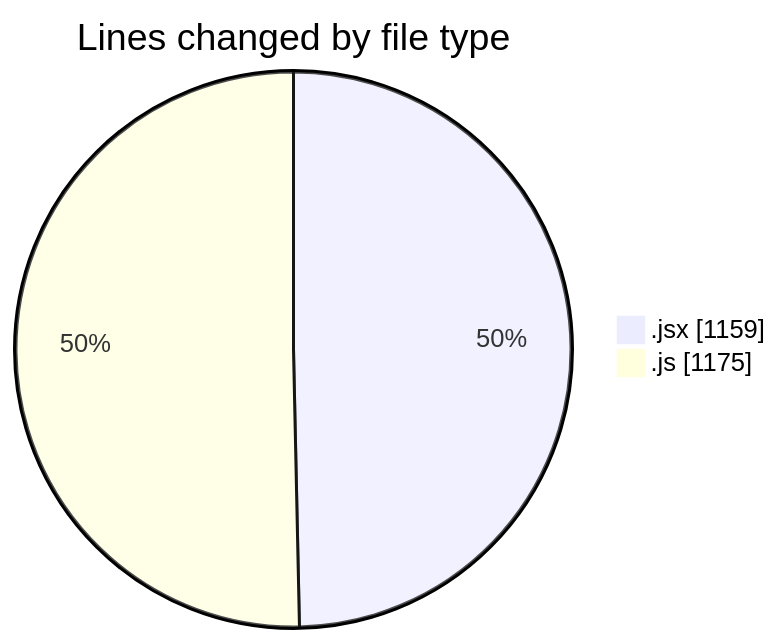
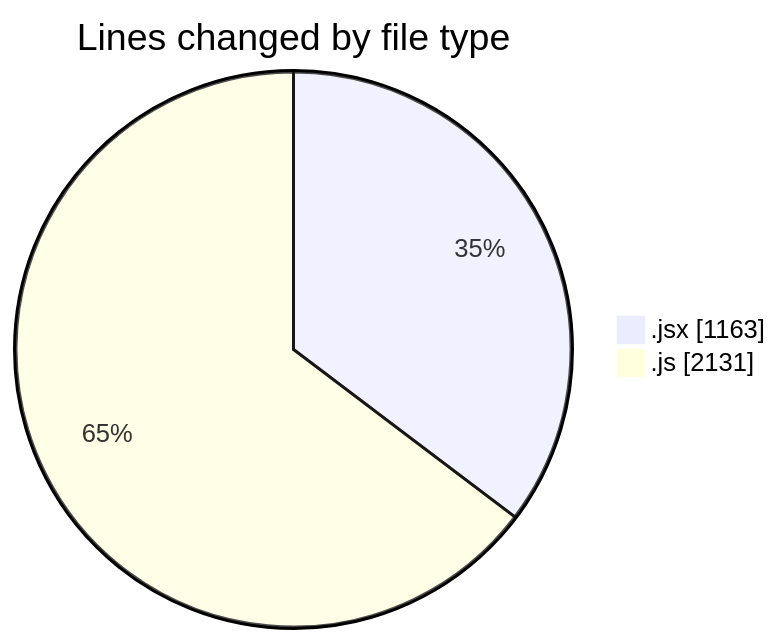
Before and after one commit to nxtqubesakshisongat/code-tracking: the first of 2 diagrams in 2025-12-08/nxtqube_webapp/README.md, drawn with Mermaid. The commit also changed other lines of this file and 1 other file, not shown here.

````diff
--- a/2025-12-08/nxtqube_webapp/README.md
+++ b/2025-12-08/nxtqube_webapp/README.md
@@ -24,6 +25,6 @@
 ```mermaid
 pie showData
 title Lines changed by file type
-".jsx" : 1159
-".js" : 1175
+".jsx" : 1163
+".js" : 2131
 ```
````
